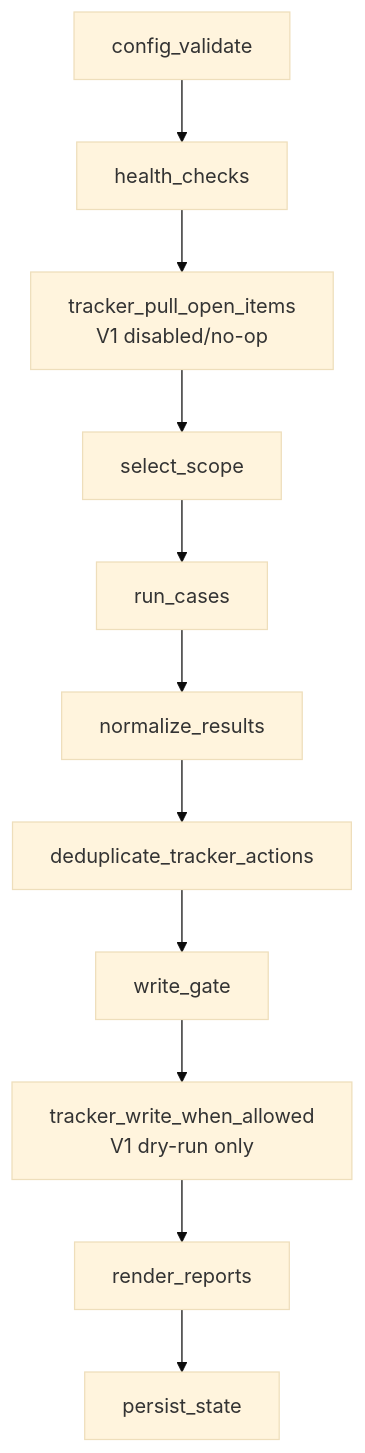
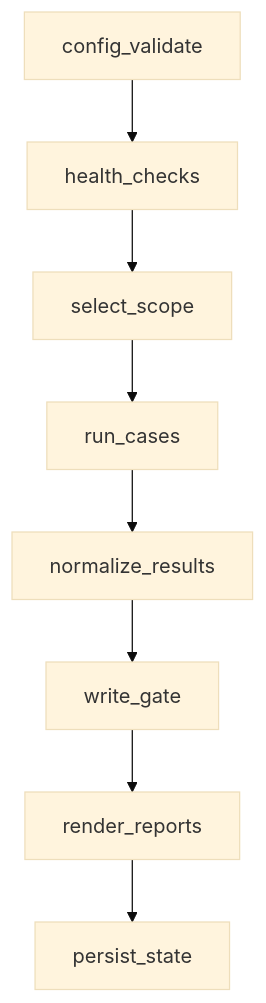
One commit to siriChiu/quality-assurance-AI-system-testing changed the second of 2 diagrams in README.md. Above: the diagram before and after it, drawn with Mermaid (base theme). The commit also changed other lines of this file and 3 other files, not shown here.

````diff
--- a/README.md
+++ b/README.md
@@ -180,13 +238,10 @@
 ```mermaid
 flowchart TD
   a["config_validate"] --> b["health_checks"]
-  b --> c["tracker_pull_open_items<br/>V1 disabled/no-op"]
-  c --> d["select_scope"]
-  d --> e["run_cases"]
-  e --> f["normalize_results"]
-  f --> g["deduplicate_tracker_actions"]
-  g --> h["write_gate"]
-  h --> i["tracker_write_when_allowed<br/>V1 dry-run only"]
-  i --> j["render_reports"]
-  j --> k["persist_state"]
+  b --> c["select_scope"]
+  c --> d["run_cases"]
+  d --> e["normalize_results"]
+  e --> f["write_gate"]
+  f --> g["render_reports"]
+  g --> h["persist_state"]
 ```
````
